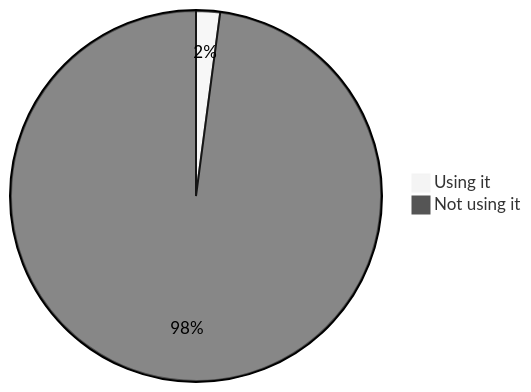
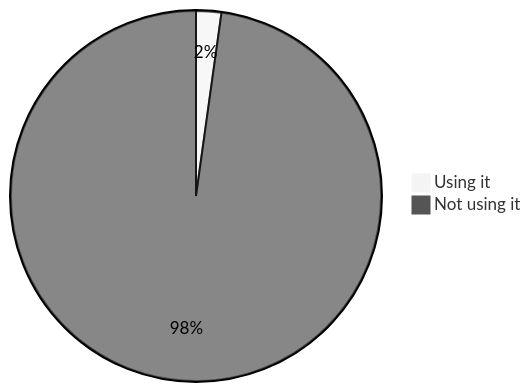
Before and after one commit to oshp/oshp-stats: diagram 17 of 22 in stats.md, drawn with Mermaid (neutral theme). The commit also changed other lines of this file, not shown here.

````diff
--- a/stats.md
+++ b/stats.md
@@ -202,6 +202,6 @@
 ```mermaid
 pie
-	"Using it" : 2.09
-	"Not using it" : 97.91
+	"Using it" : 2.2
+	"Not using it" : 97.8
 
 ```
````
